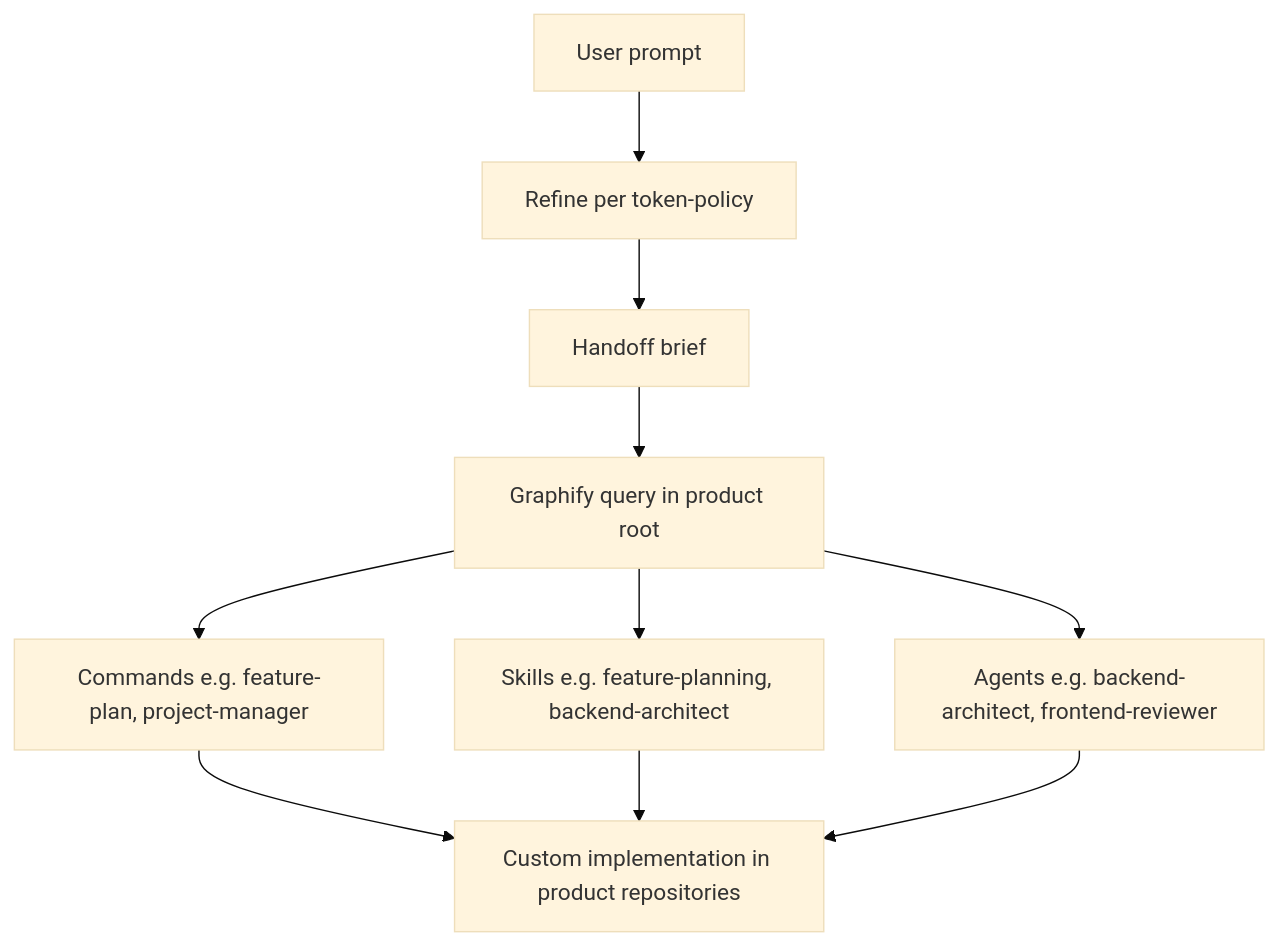
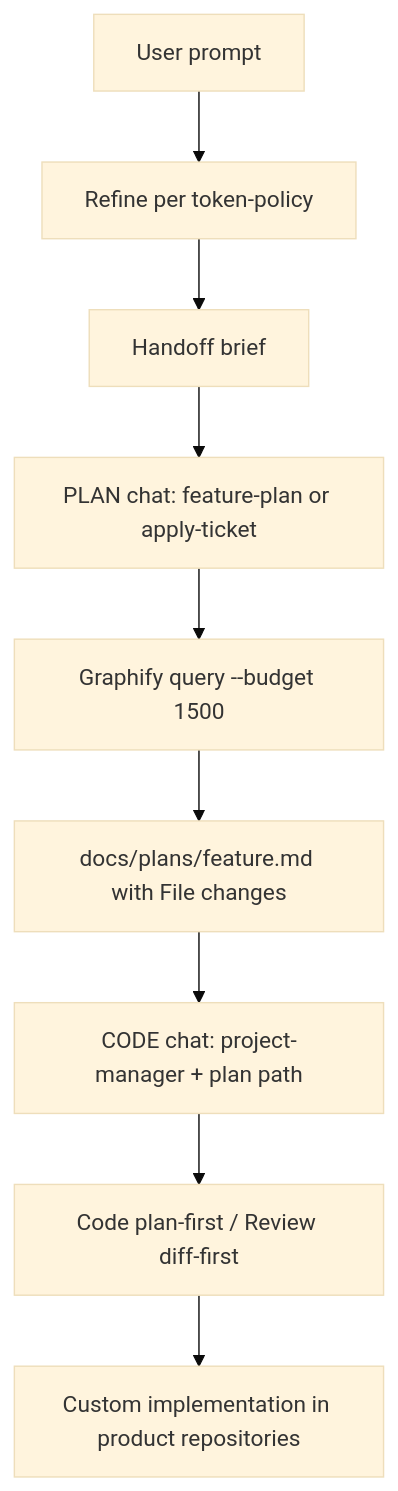
Before and after one commit to iamjcabalejo/tb-custom-workflow: the diagram in README.md, drawn with Mermaid (base theme). The commit also changed other lines of this file and 30 other files, not shown here.

First line of the commit message:
Align compounding cycle with a phase-aware graphify budget.

````diff
--- a/README.md
+++ b/README.md
@@ -44,12 +44,11 @@
 ```mermaid
 flowchart TD
   U[User prompt] --> R[Refine per token-policy]
   R --> H[Handoff brief]
-  H --> G[Graphify query in product root]
-  G --> C[Commands e.g. feature-plan, project-manager]
-  G --> S[Skills e.g. feature-planning, backend-architect]
-  G --> A[Agents e.g. backend-architect, frontend-reviewer]
-  C --> I[Custom implementation in product repositories]
-  S --> I
-  A --> I
+  H --> P[PLAN chat: feature-plan or apply-ticket]
+  P --> G[Graphify query --budget 1500]
+  G --> PlanDoc[docs/plans/feature.md with File changes]
+  PlanDoc --> C[CODE chat: project-manager + plan path]
+  C --> PF[Code plan-first / Review diff-first]
+  PF --> I[Custom implementation in product repositories]
 ```
````
